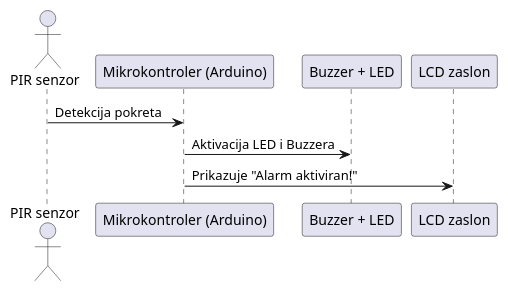
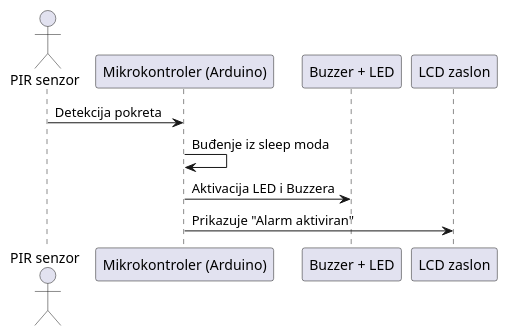
The diagram in docs/diagrams/SekvencijskiDijagram_AktivacijaAlarma.puml (mvignjevi/RUS---SigurnosniSustav), drawn with PlantUML before and after one commit.

```diff
--- a/docs/diagrams/SekvencijskiDijagram_AktivacijaAlarma.puml
+++ b/docs/diagrams/SekvencijskiDijagram_AktivacijaAlarma.puml
@@ -1,11 +1,11 @@
 @startuml
 actor "PIR senzor" as PIR
 participant "Mikrokontroler (Arduino)" as MCU
 participant "Buzzer + LED" as Actuators
 participant "LCD zaslon" as LCD
 
 PIR -> MCU : Detekcija pokreta
+MCU -> MCU : Buđenje iz sleep moda
 MCU -> Actuators : Aktivacija LED i Buzzera
-MCU -> LCD : Prikazuje "Alarm aktiviran!"
-
+MCU -> LCD : Prikazuje "Alarm aktiviran"
 @enduml
```
